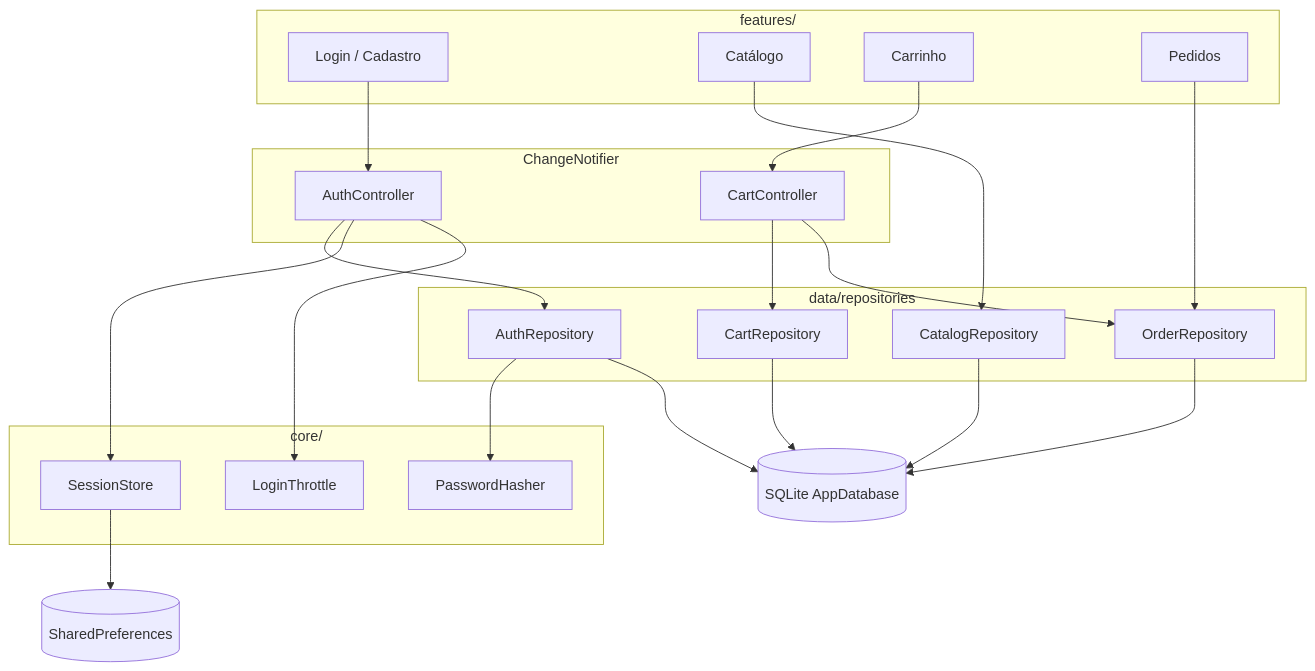
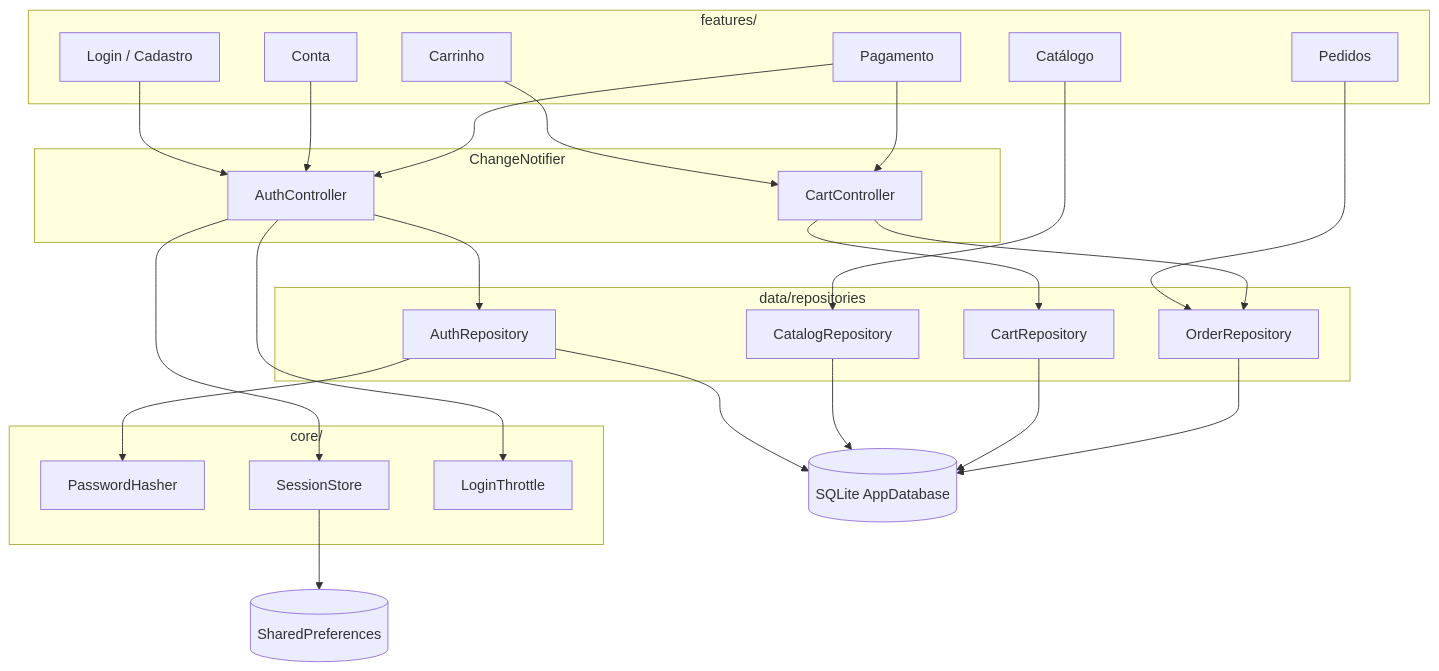
The diagram in docs/arquitetura.md (vitor-dandrea/multiplagier-mobile), drawn with Mermaid before and after one commit. The commit also changed other lines of this file and 1 other file, not shown here.

First line of the commit message:
docs: document account, payment and schema v5 in architecture/security

````diff
--- a/docs/arquitetura.md
+++ b/docs/arquitetura.md
@@ -59,47 +65,52 @@
 ```mermaid
 flowchart TB
   subgraph UI["features/"]
     AuthPages[Login / Cadastro]
+    AccountPage[Conta]
     CatalogPages[Catálogo]
     CartPage[Carrinho]
+    PaymentPage[Pagamento]
     OrdersPages[Pedidos]
   end
 
   subgraph State["ChangeNotifier"]
     AuthCtrl[AuthController]
     CartCtrl[CartController]
   end
 
   subgraph Data["data/repositories"]
     AuthRepo[AuthRepository]
     CatalogRepo[CatalogRepository]
     CartRepo[CartRepository]
     OrderRepo[OrderRepository]
   end
 
   subgraph Core["core/"]
     Hasher[PasswordHasher]
     Session[SessionStore]
     Throttle[LoginThrottle]
   end
 
   DB[(SQLite AppDatabase)]
 
   AuthPages --> AuthCtrl
+  AccountPage --> AuthCtrl
   CartPage --> CartCtrl
+  PaymentPage --> CartCtrl
+  PaymentPage --> AuthCtrl
   OrdersPages --> OrderRepo
   CatalogPages --> CatalogRepo
 
   AuthCtrl --> AuthRepo
   AuthCtrl --> Session
   AuthCtrl --> Throttle
   CartCtrl --> CartRepo
   CartCtrl --> OrderRepo
 
   AuthRepo --> Hasher
   AuthRepo --> DB
   CatalogRepo --> DB
   CartRepo --> DB
   OrderRepo --> DB
   Session --> Prefs[(SharedPreferences)]
 ```
````
